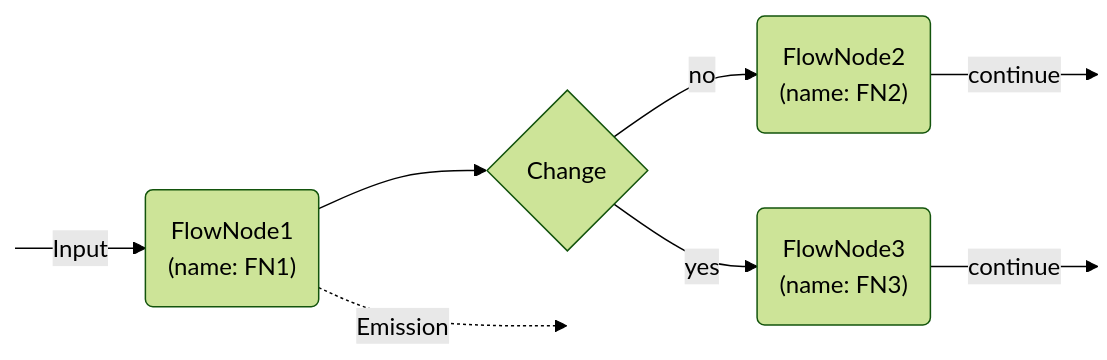
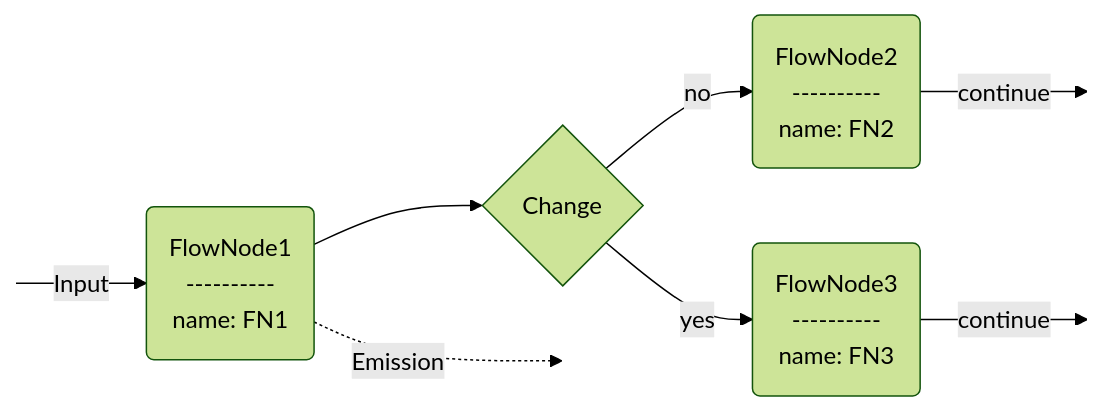
The seventh of 8 diagrams in docs/compilation.md (SeivenBell/oqd-core), drawn with Mermaid (forest theme) before and after one commit. The commit also changed other lines of this file and 1 other file, not shown here.

````diff
--- a/docs/compilation.md
+++ b/docs/compilation.md
@@ -104,12 +110,16 @@
     ```mermaid
     flowchart LR
+    
+    node1("FlowNode1<br/>----------<br/>name: FN1")
+    node2("FlowNode2<br/>----------<br/>name: FN2")
+    node3("FlowNode3<br/>----------<br/>name: FN3")
 
+
+    START:::hidden -- Input --> node1 --> change1{Change} -- no --> node2 -- continue --> END:::hidden
     
-    START:::hidden -- Input --> node1("FlowNode1<br/>(name: FN1)") --> change1{Change} -- no --> node2("FlowNode2<br/>(name: FN2)") -- continue --> END:::hidden
-    
-    change1 -- yes --> node3("FlowNode3<br/>(name: FN3)") -- continue --> END2:::hidden
+    change1 -- yes --> node3 -- continue --> END2:::hidden
 
     node1 -. Emission .-> MID1:::hidden
 
     classDef hidden display: none;
     ```
````
